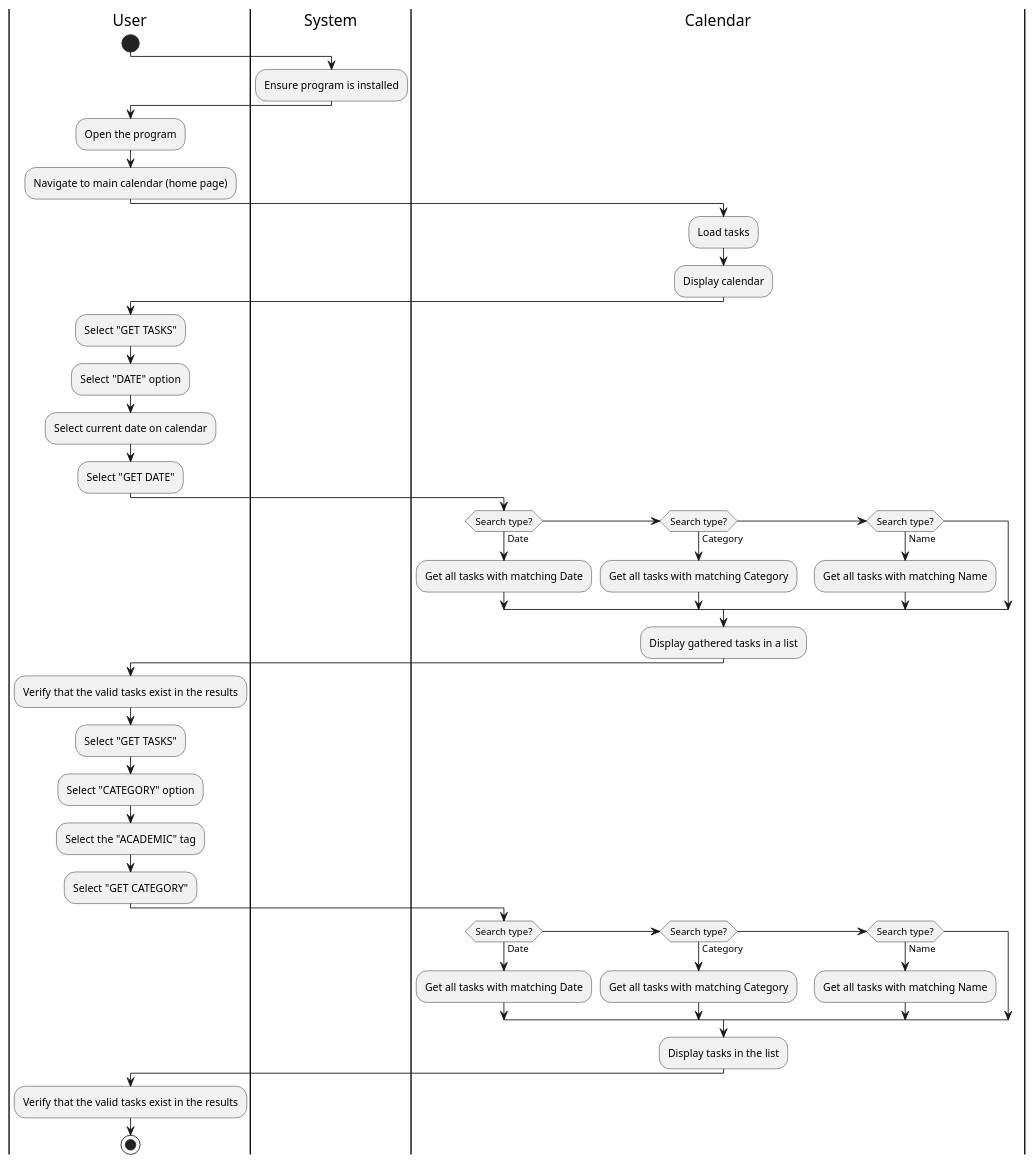
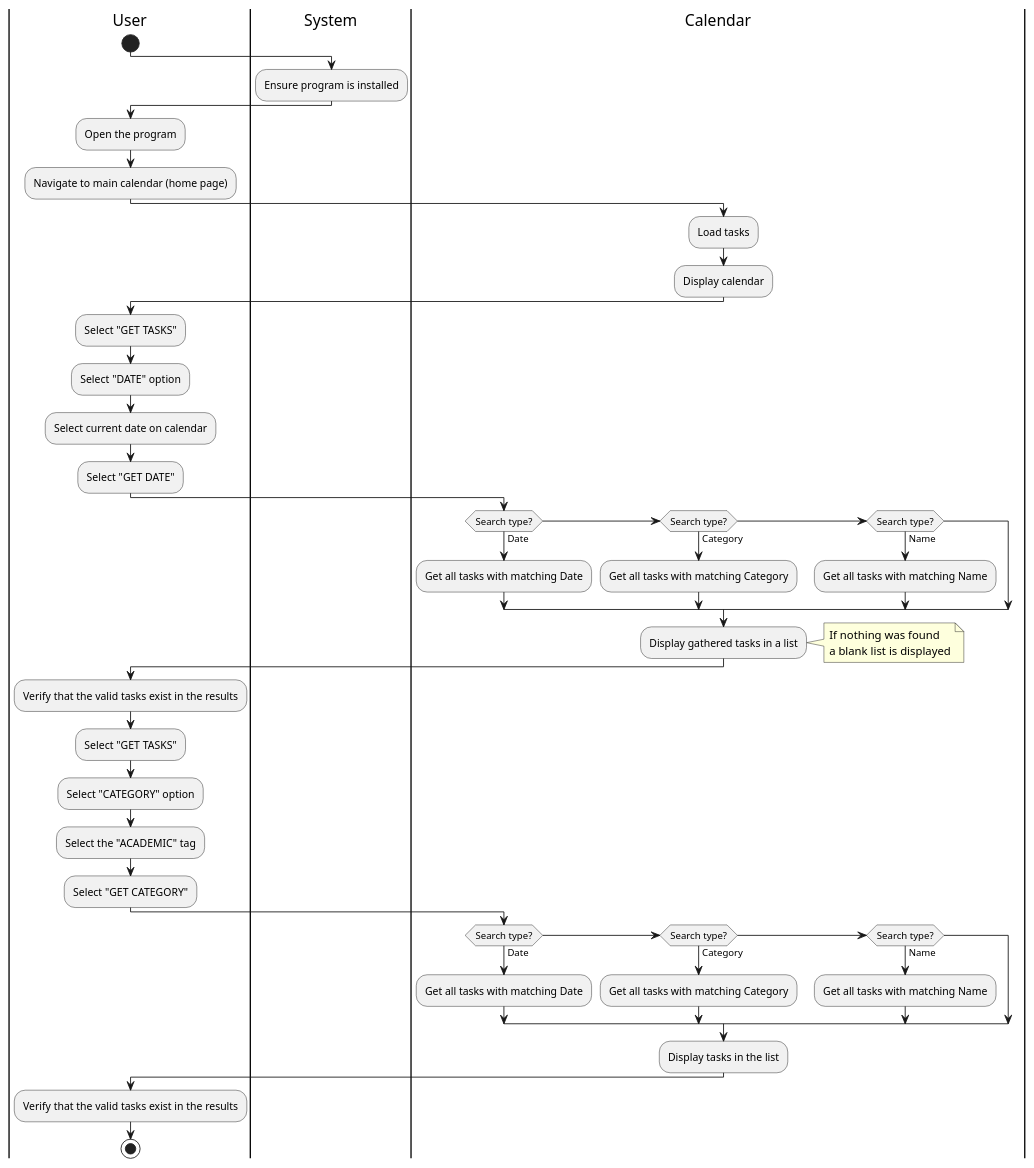
Before and after one commit to CS361-2024Fall-Term/Innovators: the diagram in assignment7/search_task.puml, drawn with PlantUML.

```diff
--- a/assignment7/search_task.puml
+++ b/assignment7/search_task.puml
@@ -1,54 +1,59 @@
 @startuml
 |User|
 start
 
 |System|
 :Ensure program is installed;
 
 |User|
 :Open the program;
 :Navigate to main calendar (home page);
 
 |Calendar|
 :Load tasks;
 :Display calendar;
 
 |User|
 :Select "GET TASKS";
 :Select "DATE" option;
 :Select current date on calendar;
 :Select "GET DATE";
 
 |Calendar|
 if (Search type?) then (Date)
   :Get all tasks with matching Date;
 elseif (Search type?) then (Category)
   :Get all tasks with matching Category;
 elseif (Search type?) then (Name)
   :Get all tasks with matching Name;
 endif
 :Display gathered tasks in a list;
 
+note right
+If nothing was found
+a blank list is displayed
+end note
+
 |User|
 :Verify that the valid tasks exist in the results;
 :Select "GET TASKS";
 :Select "CATEGORY" option;
 :Select the "ACADEMIC" tag;
 :Select "GET CATEGORY";
 
 |Calendar|
 if (Search type?) then (Date)
   :Get all tasks with matching Date;
 elseif (Search type?) then (Category)
   :Get all tasks with matching Category;
 elseif (Search type?) then (Name)
   :Get all tasks with matching Name;
 endif
 :Display tasks in the list;
 
 |User|
 :Verify that the valid tasks exist in the results;
 
 stop
 
 @enduml
```
